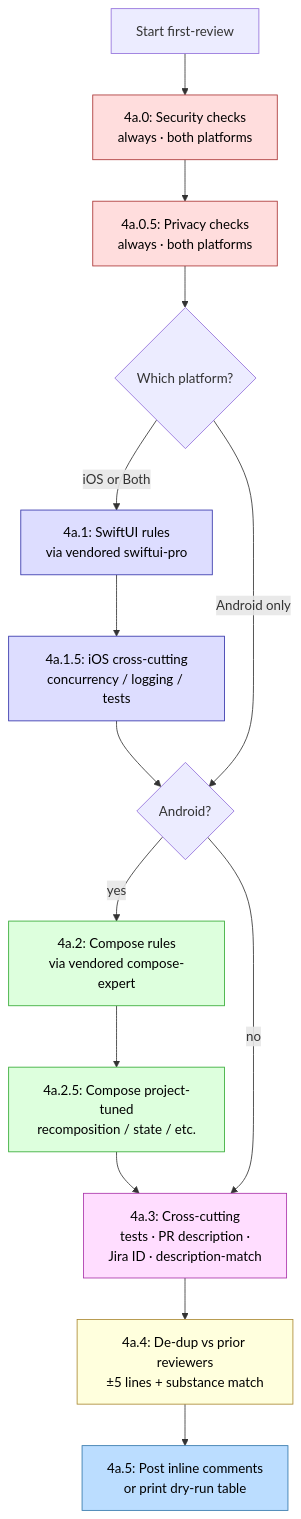
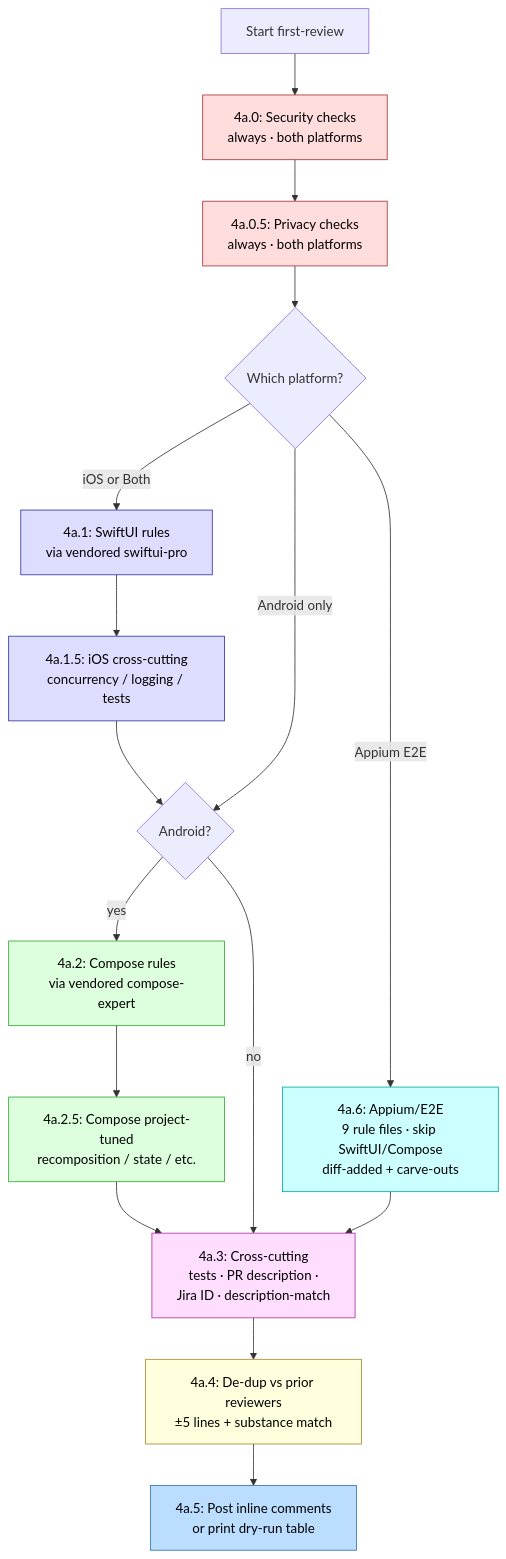
Before and after one commit to pkesavangg/pr-review-skills: the sixth of 15 diagrams in HOW-IT-WORKS.md, drawn with Mermaid. The commit also changed other lines of this file and 12 other files, not shown here.

````diff
--- a/HOW-IT-WORKS.md
+++ b/HOW-IT-WORKS.md
@@ -197,31 +199,35 @@
 ```mermaid
 flowchart TD
     Start[Start first-review] --> S40[4a.0: Security checks<br/>always · both platforms]
     S40 --> S405[4a.0.5: Privacy checks<br/>always · both platforms]
     S405 --> PlatBranch{Which platform?}
 
     PlatBranch -- iOS or Both --> S41[4a.1: SwiftUI rules<br/>via vendored swiftui-pro]
     S41 --> S415[4a.1.5: iOS cross-cutting<br/>concurrency / logging / tests]
     S415 --> AndroidGate
 
     PlatBranch -- Android only --> AndroidGate{Android?}
     AndroidGate -- yes --> S42[4a.2: Compose rules<br/>via vendored compose-expert]
     S42 --> S425[4a.2.5: Compose project-tuned<br/>recomposition / state / etc.]
     S425 --> S43
 
     AndroidGate -- no --> S43
 
+    PlatBranch -- Appium E2E --> S46[4a.6: Appium/E2E<br/>9 rule files · skip SwiftUI/Compose<br/>diff-added + carve-outs]
+    S46 --> S43
+
     S43[4a.3: Cross-cutting<br/>tests · PR description ·<br/>Jira ID · description-match]
     S43 --> S44[4a.4: De-dup vs prior reviewers<br/>±5 lines + substance match]
     S44 --> S45[4a.5: Post inline comments<br/>or print dry-run table]
 
     style S40 fill:#fdd,stroke:#a33,color:#000
     style S405 fill:#fdd,stroke:#a33,color:#000
     style S41 fill:#ddf,stroke:#33a,color:#000
     style S415 fill:#ddf,stroke:#33a,color:#000
     style S42 fill:#dfd,stroke:#3a3,color:#000
     style S425 fill:#dfd,stroke:#3a3,color:#000
+    style S46 fill:#cff,stroke:#0aa,color:#000
     style S43 fill:#fdf,stroke:#a3a,color:#000
     style S44 fill:#ffd,stroke:#a83,color:#000
     style S45 fill:#bdf,stroke:#37a,color:#000
 ```
````
